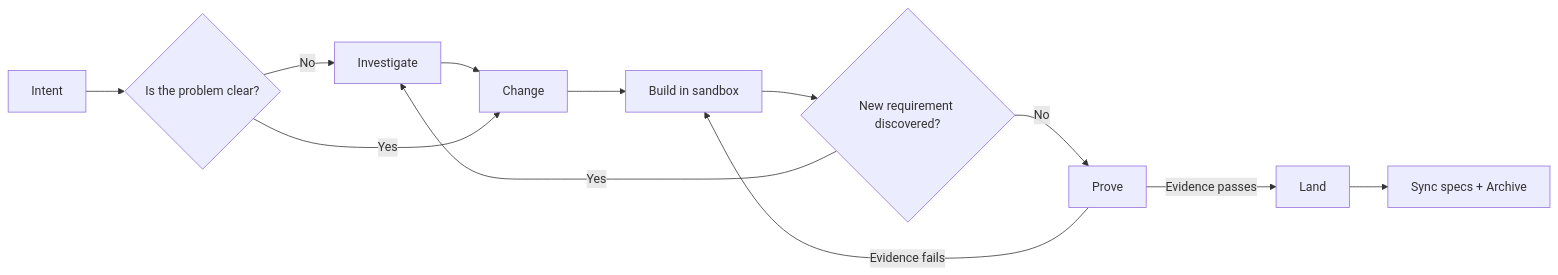
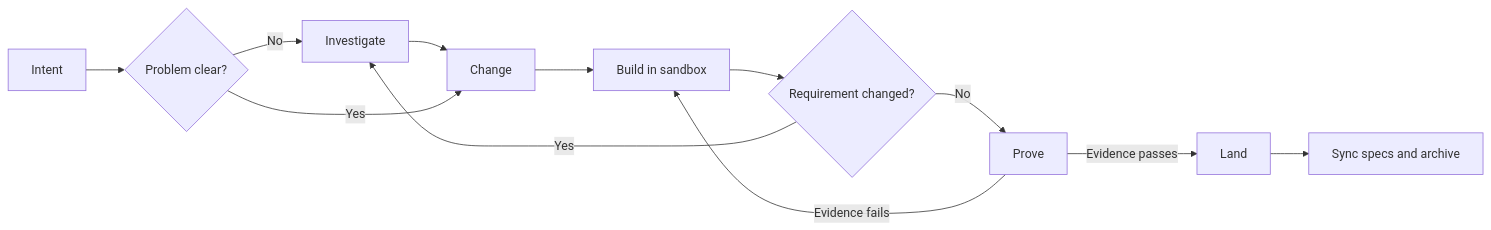
Before and after one commit to Maximumsoft-Co-LTD/claude-foundation: the diagram in README.md, drawn with Mermaid. The commit also changed other lines of this file and 6 other files, not shown here.

````diff
--- a/README.md
+++ b/README.md
@@ -59,14 +199,14 @@
 ```mermaid
 flowchart LR
-    I[Intent] --> Q{Is the problem clear?}
+    I[Intent] --> Q{Problem clear?}
     Q -- No --> X[Investigate]
     X --> C[Change]
     Q -- Yes --> C
     C --> B[Build in sandbox]
-    B --> D{New requirement discovered?}
+    B --> D{Requirement changed?}
     D -- Yes --> X
     D -- No --> P[Prove]
     P -- Evidence fails --> B
     P -- Evidence passes --> L[Land]
-    L --> A[Sync specs + Archive]
+    L --> A[Sync specs and archive]
 ```
````
